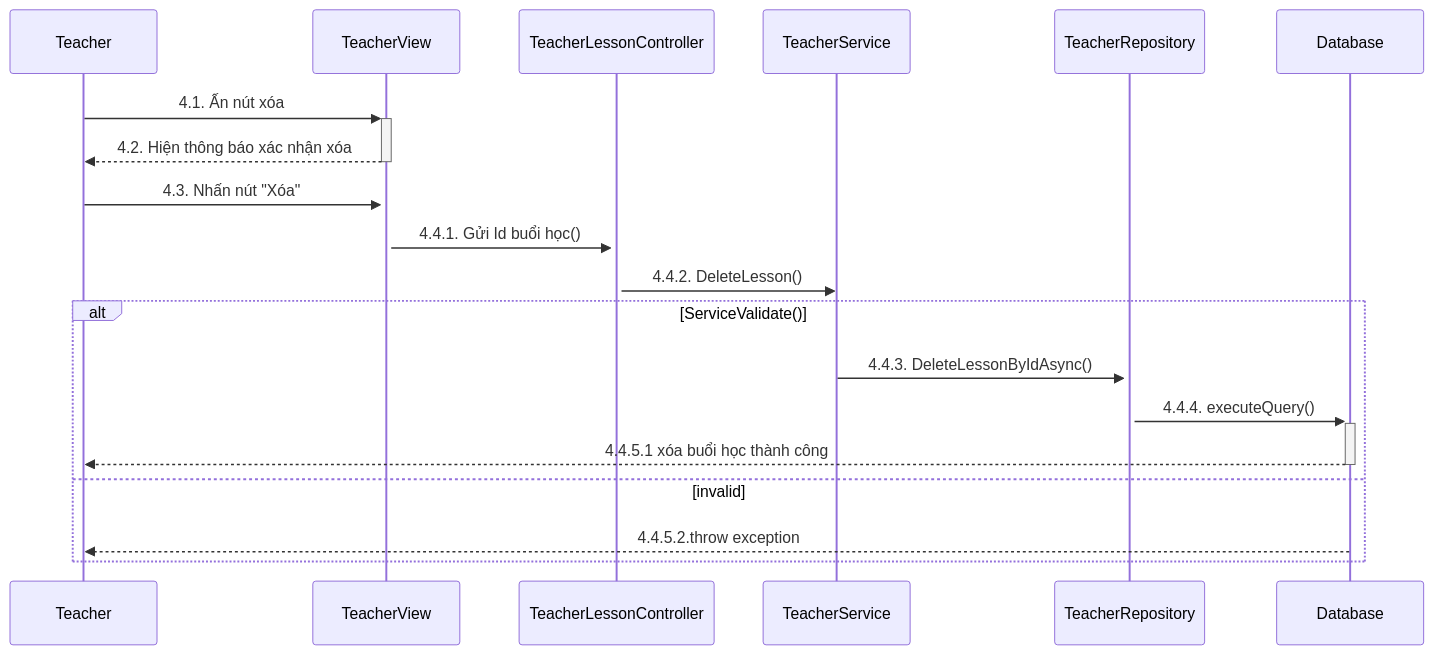
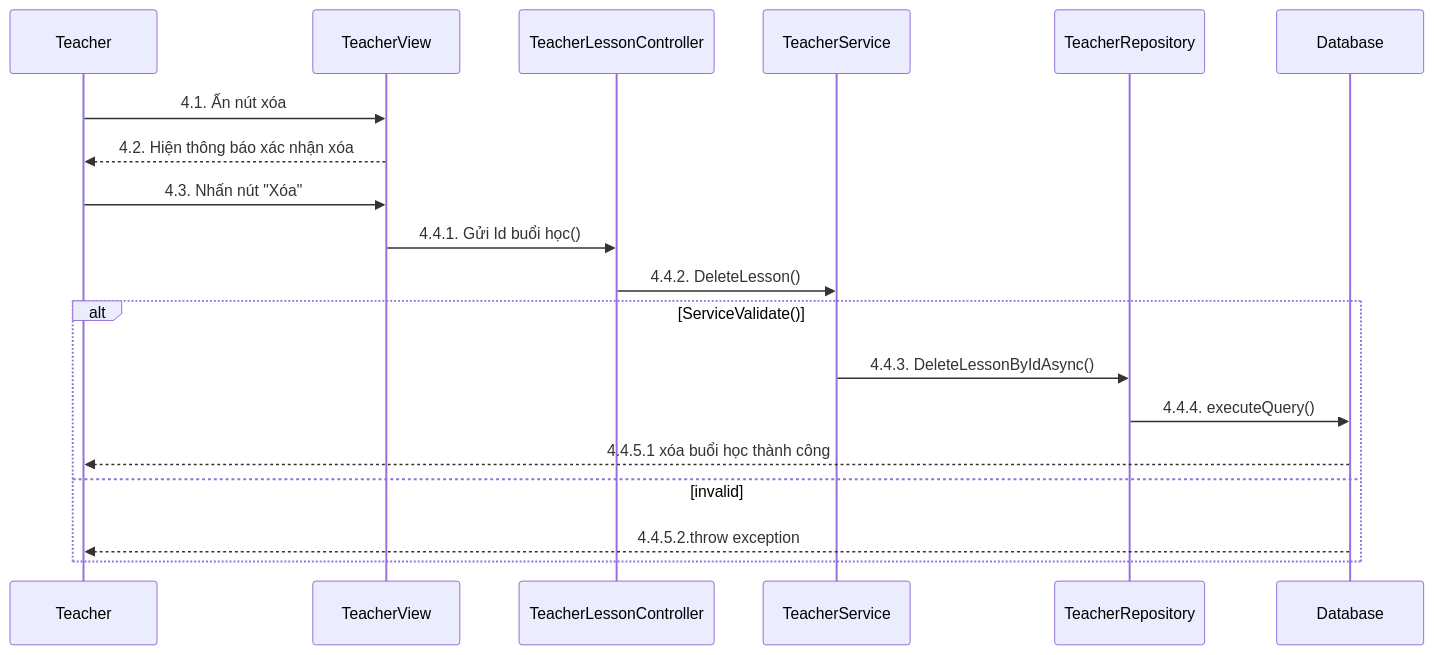
One commit to LienNTB/sequence-CNPM changed the diagram in sequence/teacher/Sequence-1-4.GiangVienXoaBuoiHoc.mmd. Above: the diagram before and after it, drawn with Mermaid. The commit also changed 10 other files, not shown here.

```diff
--- a/sequence/teacher/Sequence-1-4.GiangVienXoaBuoiHoc.mmd
+++ b/sequence/teacher/Sequence-1-4.GiangVienXoaBuoiHoc.mmd
@@ -1,22 +1,22 @@
 
 sequenceDiagram
     participant Teacher
     participant TeacherView
     participant TeacherLessonController
     participant TeacherService
     participant TeacherRepository
     participant Database
 
-    Teacher->>+TeacherView: 4.1. Ấn nút xóa
-    TeacherView-->>-Teacher: 4.2. Hiện thông báo xác nhận xóa
-    Teacher->>+TeacherView: 4.3. Nhấn nút "Xóa"
-    TeacherView->>+TeacherLessonController: 4.4.1. Gửi Id buổi học()
+    Teacher->>TeacherView: 4.1. Ấn nút xóa
+    TeacherView-->>Teacher: 4.2. Hiện thông báo xác nhận xóa
+    Teacher->>TeacherView: 4.3. Nhấn nút "Xóa"
+    TeacherView->>TeacherLessonController: 4.4.1. Gửi Id buổi học()
     TeacherLessonController->>TeacherService: 4.4.2. DeleteLesson()
     alt ServiceValidate()
-        TeacherService->>+TeacherRepository: 4.4.3. DeleteLessonByIdAsync()
-        TeacherRepository->>+Database: 4.4.4. executeQuery()
+        TeacherService->>TeacherRepository: 4.4.3. DeleteLessonByIdAsync()
+        TeacherRepository->>Database: 4.4.4. executeQuery()
 
-        Database-->>-Teacher: 4.4.5.1 xóa buổi học thành công
+        Database-->>Teacher: 4.4.5.1 xóa buổi học thành công
     else invalid
         Database-->>Teacher: 4.4.5.2.throw exception
     end
```
